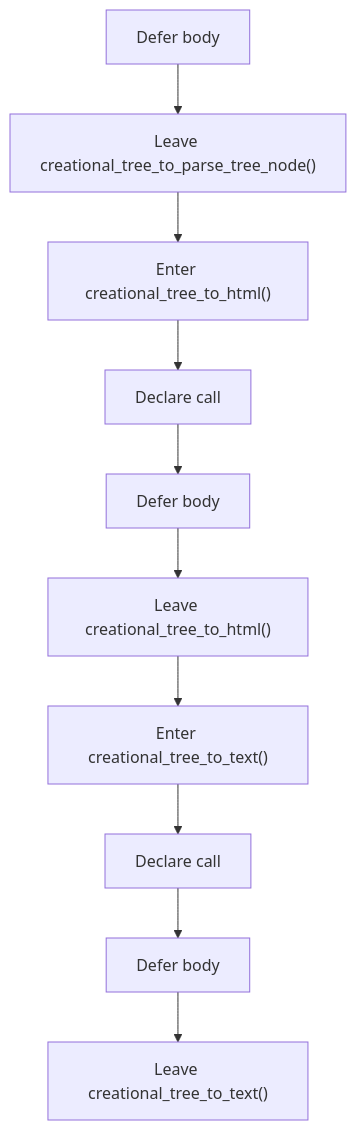
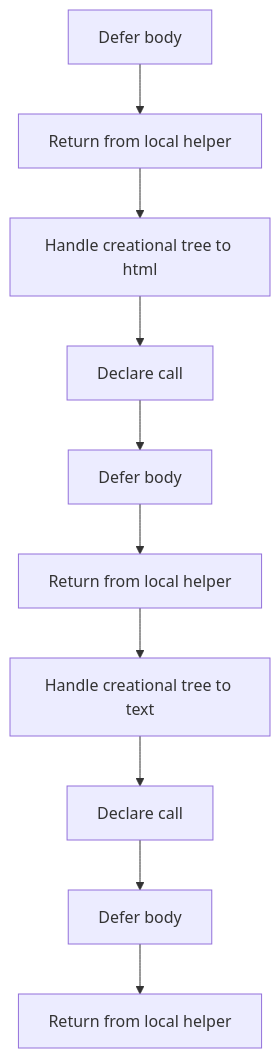
One commit to JohnAndrewBalbarosa/NeoTerritory changed the third of 4 diagrams in docs/Codebase/Microservice/Modules/Header/SyntacticBrokenAST/Trees/Broken/Creational/Flow/creational_broken_tree_program_flow.hpp.md. Above: the diagram before and after it, drawn with Mermaid. The commit also changed other lines of this file and 925 other files, not shown here.

````diff
--- a/docs/Codebase/Microservice/Modules/Header/SyntacticBrokenAST/Trees/Broken/Creational/Flow/creational_broken_tree_program_flow.hpp.md
+++ b/docs/Codebase/Microservice/Modules/Header/SyntacticBrokenAST/Trees/Broken/Creational/Flow/creational_broken_tree_program_flow.hpp.md
@@ -67,22 +67,22 @@
 ```mermaid
 flowchart TD
     N0["Defer body"]
-    N1["Leave creational_tree_to_parse_tree_node()"]
-    N2["Enter creational_tree_to_html()"]
+    N1["Return from local helper"]
+    N2["Handle creational tree to html"]
     N3["Declare call"]
     N4["Defer body"]
-    N5["Leave creational_tree_to_html()"]
-    N6["Enter creational_tree_to_text()"]
+    N5["Return from local helper"]
+    N6["Handle creational tree to text"]
     N7["Declare call"]
     N8["Defer body"]
-    N9["Leave creational_tree_to_text()"]
+    N9["Return from local helper"]
     N0 --> N1
     N1 --> N2
     N2 --> N3
     N3 --> N4
     N4 --> N5
     N5 --> N6
     N6 --> N7
     N7 --> N8
     N8 --> N9
 ```
````
